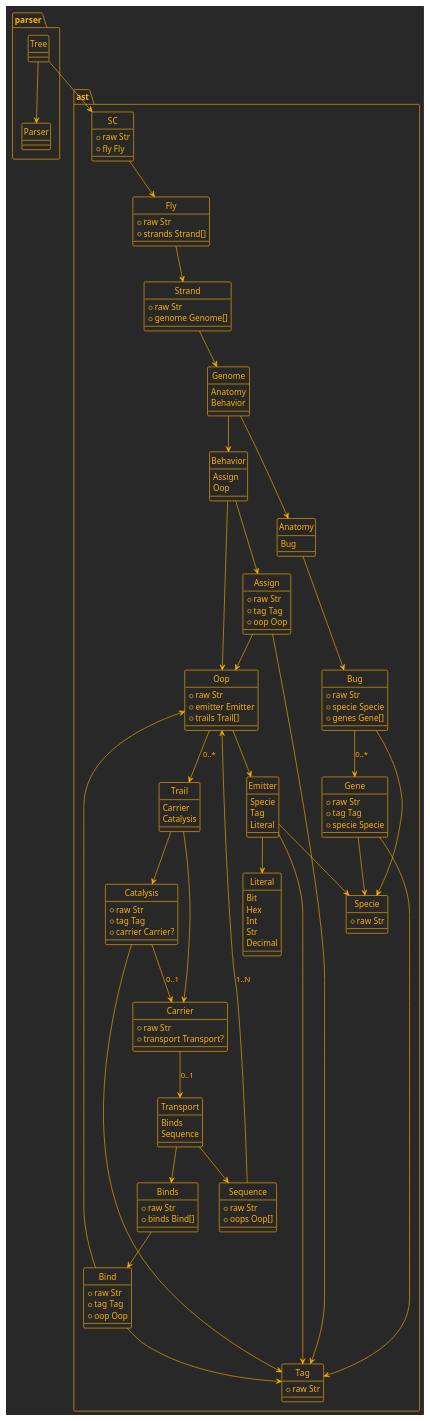
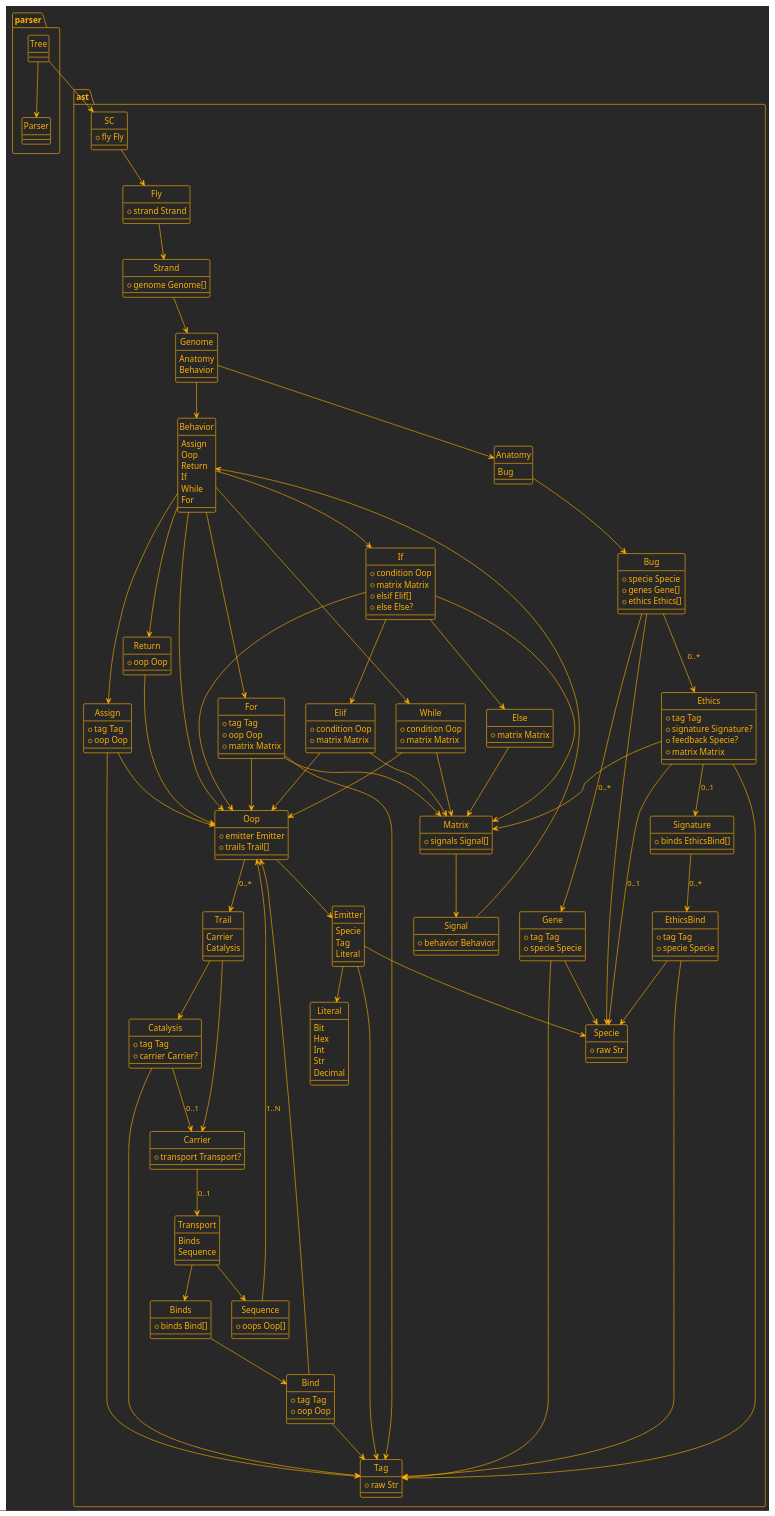
The diagram in doc/ast.puml (sc-land/dsl), drawn with PlantUML before and after one commit. The commit also changed 1 other file, not shown here.

Commit message:
docs: adiciona documentação da AST
- Documenta a estrutura hierárquica da AST

- Descreve todos os componentes principais

- Inclui diagrama PlantUML da estrutura

- Explica os tipos de dados e operadores

- Documenta a gramática e tokens básicos

```diff
--- a/doc/ast.puml
+++ b/doc/ast.puml
@@ -1,20 +1,18 @@
-@startuml
+@startuml AST of DSL from SC language
+
 !theme crt-amber
 hide circle
 
 package ast {
     class SC {
-        +raw Str
         +fly Fly
     }
 
     class Fly {
-        +raw Str
-        +strands Strand[]
+        +strand Strand
     }
 
     class Strand {
-        +raw Str
         +genome Genome[]
     }
 
@@ -26,16 +24,57 @@
     enum Behavior {
         Assign
         Oop
+        Return
+        If
+        While
+        For
     }
 
     class Assign {
-        +raw Str
         +tag Tag
         +oop Oop
     }
 
+    class Return {
+        +oop Oop
+    }
+
+    class If {
+        +condition Oop
+        +matrix Matrix
+        +elsif Elif[]
+        +else Else?
+    }
+
+    class Elif {
+        +condition Oop
+        +matrix Matrix
+    }
+
+    class Else {
+        +matrix Matrix
+    }
+
+    class While {
+        +condition Oop
+        +matrix Matrix
+    }
+
+    class For {
+        +tag Tag
+        +oop Oop
+        +matrix Matrix
+    }
+
+    class Matrix {
+        +signals Signal[]
+    }
+
+    class Signal {
+        +behavior Behavior
+    }
+
     class Oop {
-        +raw Str
         +emitter Emitter
         +trails Trail[]
     }
@@ -46,13 +85,11 @@
     }
 
     class Catalysis {
-        +raw Str
         +tag Tag
         +carrier Carrier?
     }
 
     class Carrier {
-        +raw Str
         +transport Transport?
     }
 
@@ -62,18 +99,15 @@
     }
 
     class Binds {
-        +raw Str
         +binds Bind[]
     }
 
     class Bind {
-        +raw Str
         +tag Tag
         +oop Oop
     }
 
     class Sequence {
-        +raw Str
         +oops Oop[]
     }
 
@@ -82,13 +116,28 @@
     }
 
     class Bug {
-        +raw Str
         +specie Specie
         +genes Gene[]
+        +ethics Ethics[]
     }
 
     class Gene {
-        +raw Str
+        +tag Tag
+        +specie Specie
+    }
+
+    class Ethics {
+        +tag Tag
+        +signature Signature?
+        +feedback Specie?
+        +matrix Matrix
+    }
+
+    class Signature {
+        +binds EthicsBind[]
+    }
+
+    class EthicsBind {
         +tag Tag
         +specie Specie
     }
@@ -135,11 +184,38 @@
 
 ast.Behavior --> ast.Assign
 ast.Behavior --> ast.Oop
+ast.Behavior --> ast.Return
+ast.Behavior --> ast.If
+ast.Behavior --> ast.While
+ast.Behavior --> ast.For
 
 ast.Anatomy --> ast.Bug
 
 ast.Assign --> ast.Oop
 ast.Assign --> ast.Tag
+
+ast.Return --> ast.Oop
+
+ast.If --> ast.Oop
+ast.If --> ast.Matrix
+ast.If --> ast.Elif
+ast.If --> ast.Else
+
+ast.Elif --> ast.Oop
+ast.Elif --> ast.Matrix
+
+ast.Else --> ast.Matrix
+
+ast.While --> ast.Oop
+ast.While --> ast.Matrix
+
+ast.For --> ast.Tag
+ast.For --> ast.Oop
+ast.For --> ast.Matrix
+
+ast.Matrix --> ast.Signal
+
+ast.Signal --> ast.Behavior
 
 ast.Emitter --> ast.Literal
 ast.Emitter --> ast.Tag
@@ -147,9 +223,20 @@
 
 ast.Bug --> ast.Specie
 ast.Bug --> ast.Gene : 0..*
+ast.Bug --> ast.Ethics : 0..*
 
 ast.Gene --> ast.Tag
 ast.Gene --> ast.Specie
+
+ast.Ethics --> ast.Tag
+ast.Ethics --> ast.Signature : 0..1
+ast.Ethics --> ast.Specie : 0..1
+ast.Ethics --> ast.Matrix
+
+ast.Signature --> ast.EthicsBind : 0..*
+
+ast.EthicsBind --> ast.Tag
+ast.EthicsBind --> ast.Specie
 
 ast.Oop --> ast.Emitter
 ast.Oop --> ast.Trail : 0..*
```
